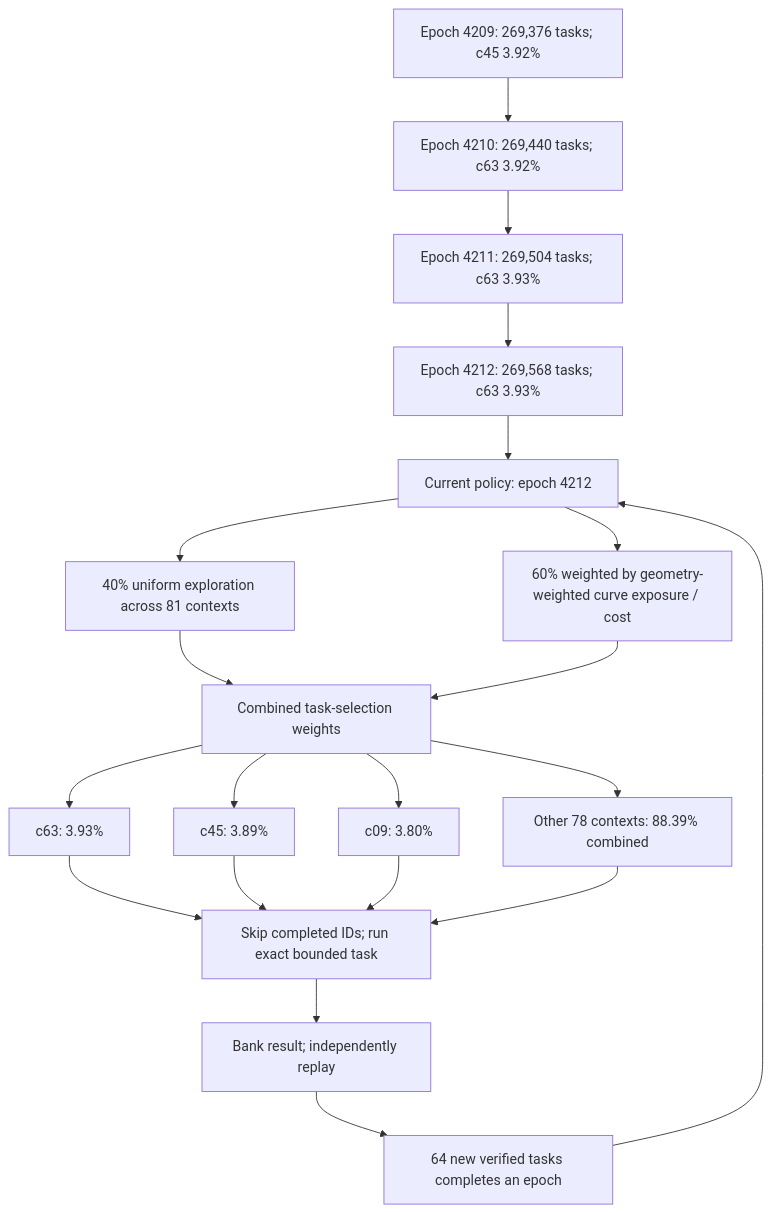
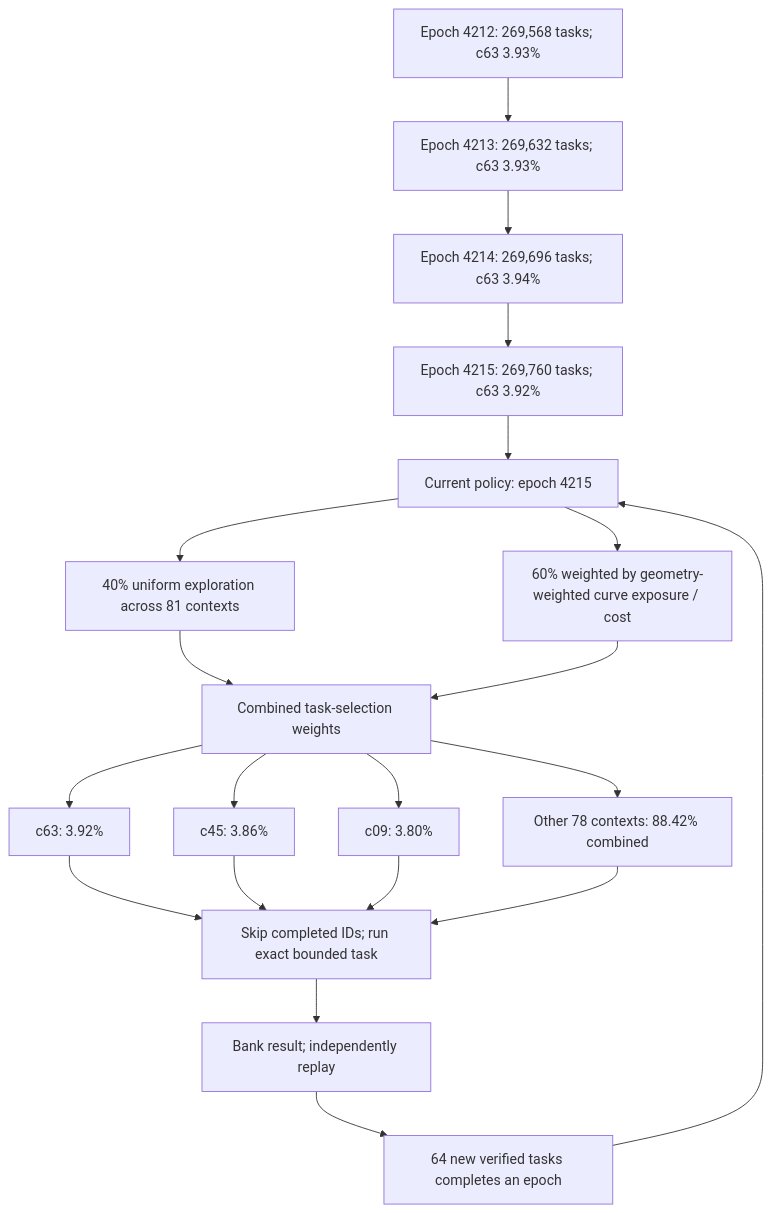
Before and after one commit to Kuberwastaken/math-gambling: the first of 3 diagrams in README.md, drawn with Mermaid. The commit also changed other lines of this file and 377 other files, not shown here.

````diff
--- a/README.md
+++ b/README.md
@@ -60,27 +60,27 @@
 ```mermaid
 flowchart TD
-    H0["Epoch 4209: 269,376 tasks; c45 3.92%"]
-    H1["Epoch 4210: 269,440 tasks; c63 3.92%"]
+    H0["Epoch 4212: 269,568 tasks; c63 3.93%"]
+    H1["Epoch 4213: 269,632 tasks; c63 3.93%"]
     H0 --> H1
-    H2["Epoch 4211: 269,504 tasks; c63 3.93%"]
+    H2["Epoch 4214: 269,696 tasks; c63 3.94%"]
     H1 --> H2
-    H3["Epoch 4212: 269,568 tasks; c63 3.93%"]
+    H3["Epoch 4215: 269,760 tasks; c63 3.92%"]
     H2 --> H3
-    Policy["Current policy: epoch 4212"]
+    Policy["Current policy: epoch 4215"]
     H3 --> Policy
     Policy --> Explore["40% uniform exploration across 81 contexts"]
     Policy --> Cost["60% weighted by geometry-weighted curve exposure / cost"]
     Explore --> Mix["Combined task-selection weights"]
     Cost --> Mix
-    Mix --> C0["c63: 3.93%"]
-    Mix --> C1["c45: 3.89%"]
+    Mix --> C0["c63: 3.92%"]
+    Mix --> C1["c45: 3.86%"]
     Mix --> C2["c09: 3.80%"]
-    Mix --> Rest["Other 78 contexts: 88.39% combined"]
+    Mix --> Rest["Other 78 contexts: 88.42% combined"]
     C0 --> Check["Skip completed IDs; run exact bounded task"]
     C1 --> Check
     C2 --> Check
     Rest --> Check
     Check --> Replay["Bank result; independently replay"]
     Replay --> Gate["64 new verified tasks completes an epoch"]
     Gate --> Policy
 ```
````
